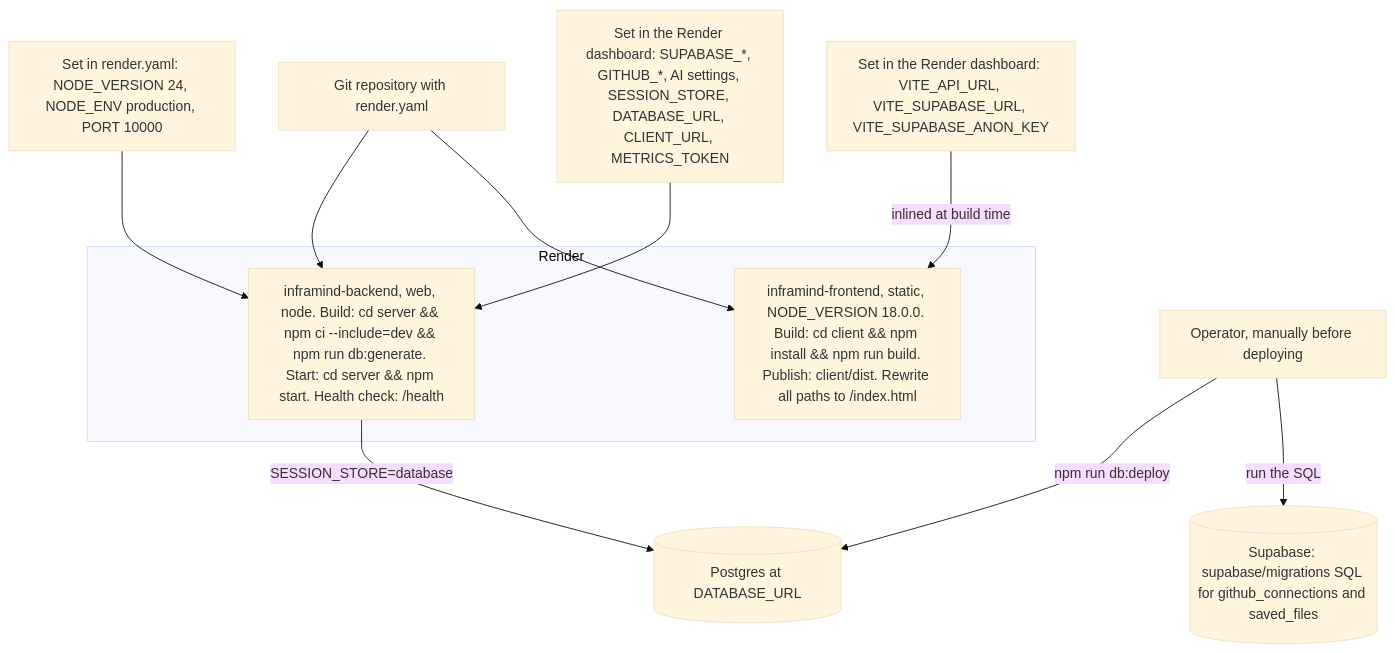
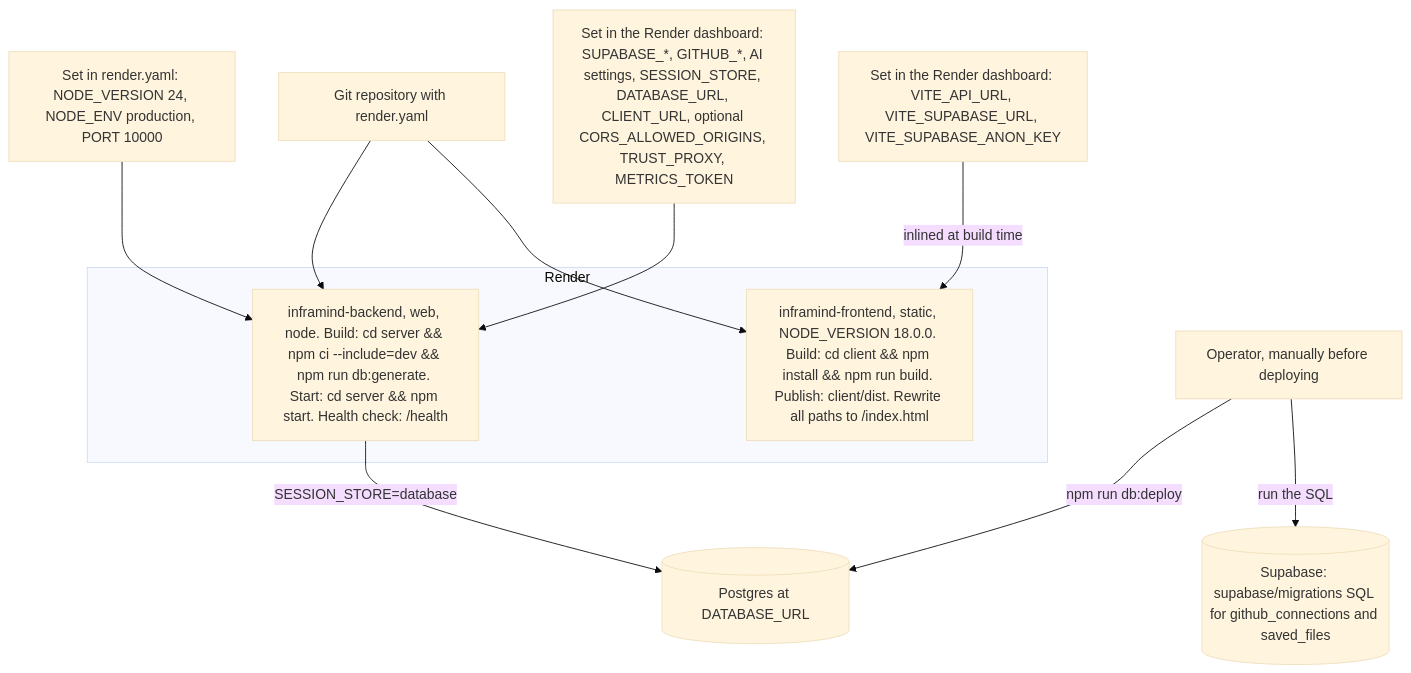
One commit to bipul724/InfraMind changed the diagram in DEPLOYMENT-GUIDE.md. Above: the diagram before and after it, drawn with Mermaid (base theme). The commit also changed other lines of this file and 26 other files, not shown here.

First line of the commit message:
fix(server): proxy-aware rate limits, configured origins, all-at-once startup checks

````diff
--- a/DEPLOYMENT-GUIDE.md
+++ b/DEPLOYMENT-GUIDE.md
@@ -172,23 +172,23 @@
 ```mermaid
 flowchart TB
     Repo["Git repository with render.yaml"]
     YamlEnv["Set in render.yaml: NODE_VERSION 24, NODE_ENV production, PORT 10000"]
-    BackEnv["Set in the Render dashboard: SUPABASE_*, GITHUB_*, AI settings, SESSION_STORE, DATABASE_URL, CLIENT_URL, METRICS_TOKEN"]
+    BackEnv["Set in the Render dashboard: SUPABASE_*, GITHUB_*, AI settings, SESSION_STORE, DATABASE_URL, CLIENT_URL, optional CORS_ALLOWED_ORIGINS, TRUST_PROXY, METRICS_TOKEN"]
     FrontEnv["Set in the Render dashboard: VITE_API_URL, VITE_SUPABASE_URL, VITE_SUPABASE_ANON_KEY"]
     subgraph Render
         Backend["inframind-backend, web, node. Build: cd server && npm ci --include=dev && npm run db:generate. Start: cd server && npm start. Health check: /health"]
         Frontend["inframind-frontend, static, NODE_VERSION 18.0.0. Build: cd client && npm install && npm run build. Publish: client/dist. Rewrite all paths to /index.html"]
     end
     Operator["Operator, manually before deploying"]
     DB[("Postgres at DATABASE_URL")]
     SB[("Supabase: supabase/migrations SQL for github_connections and saved_files")]
 
     Repo --> Backend
     Repo --> Frontend
     YamlEnv --> Backend
     BackEnv --> Backend
     FrontEnv -->|"inlined at build time"| Frontend
     Operator -->|"npm run db:deploy"| DB
     Operator -->|"run the SQL"| SB
     Backend -->|"SESSION_STORE=database"| DB
 ```
````
